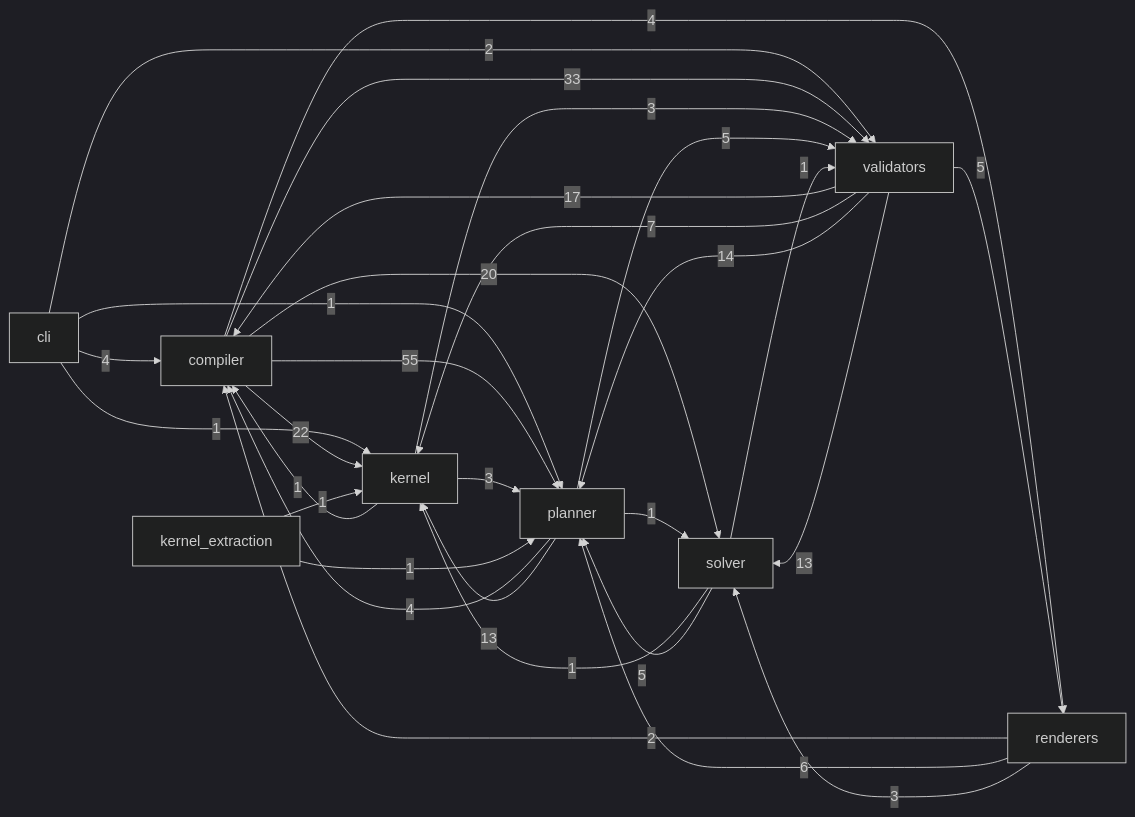
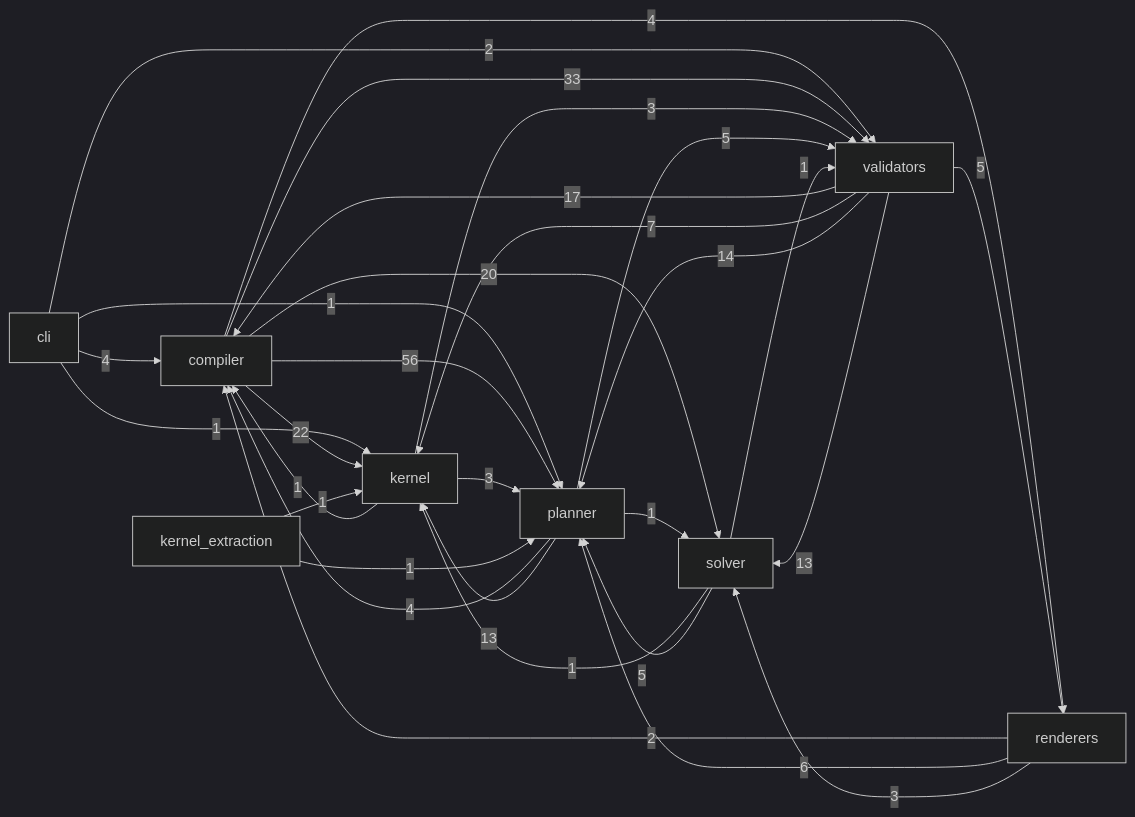
The diagram in docs/reference/code.md (Kingsley-Cyber/cinematic-compiler-core), drawn with Mermaid (dark theme) before and after one commit. The commit also changed other lines of this file and 79 other files, not shown here.

````diff
--- a/docs/reference/code.md
+++ b/docs/reference/code.md
@@ -15,32 +15,32 @@
 ```mermaid
 flowchart LR
   cli -->|4| compiler
   cli -->|1| kernel
   cli -->|1| planner
   cli -->|2| validators
   compiler -->|22| kernel
-  compiler -->|55| planner
+  compiler -->|56| planner
   compiler -->|4| renderers
   compiler -->|20| solver
   compiler -->|33| validators
   kernel -->|1| compiler
   kernel -->|3| planner
   kernel -->|3| validators
   kernel_extraction -->|1| kernel
   kernel_extraction -->|1| planner
   planner -->|4| compiler
   planner -->|13| kernel
   planner -->|1| solver
   planner -->|5| validators
   renderers -->|2| compiler
   renderers -->|6| planner
   renderers -->|3| solver
   solver -->|1| kernel
   solver -->|5| planner
   solver -->|1| validators
   validators -->|17| compiler
   validators -->|7| kernel
   validators -->|14| planner
   validators -->|5| renderers
   validators -->|13| solver
 ```
````
